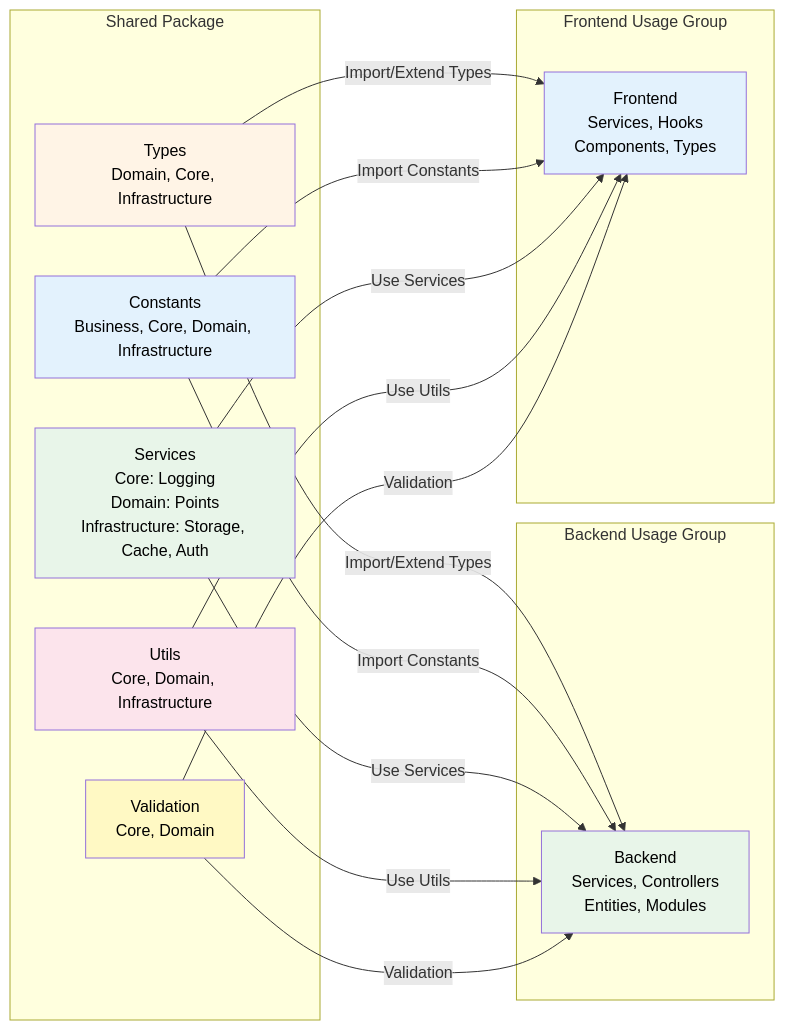
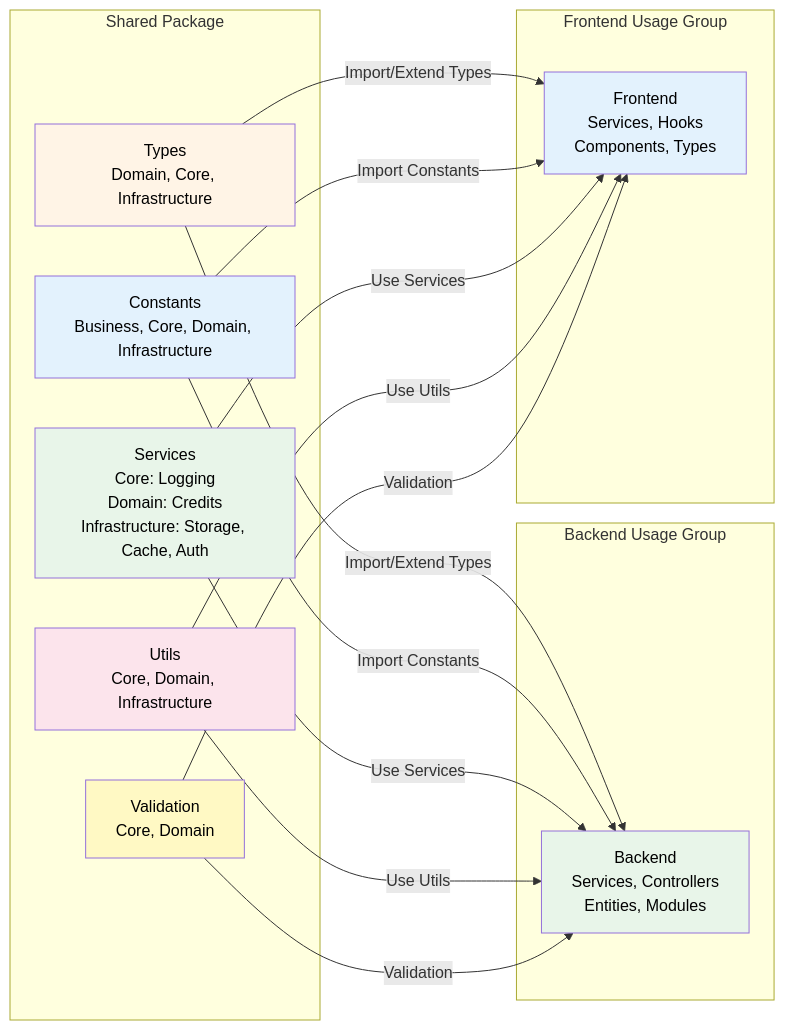
One commit to IsraelRub/EveryTriv changed diagram 28 of 28 in docs/DIAGRAMS.md. Above: the diagram before and after it, drawn with Mermaid. The commit also changed other lines of this file and 600 other files, not shown here.

Commit message:
feat: add multiplayer game mode, migrate from points to credits system, reorganize components, and rename AI providers

````diff
--- a/docs/DIAGRAMS.md
+++ b/docs/DIAGRAMS.md
@@ -1803,42 +1837,42 @@
 ```mermaid
 graph LR
     subgraph "Shared Package"
         SP_T[Types<br/>Domain, Core, Infrastructure]
         SP_C[Constants<br/>Business, Core, Domain, Infrastructure]
-        SP_S[Services<br/>Core: Logging<br/>Domain: Points<br/>Infrastructure: Storage, Cache, Auth]
+        SP_S[Services<br/>Core: Logging<br/>Domain: Credits<br/>Infrastructure: Storage, Cache, Auth]
         SP_U[Utils<br/>Core, Domain, Infrastructure]
         SP_V[Validation<br/>Core, Domain]
     end
 
     subgraph "Backend Usage Group"
         BE_ALL[Backend<br/>Services, Controllers<br/>Entities, Modules]
     end
 
     subgraph "Frontend Usage Group"
         FE_ALL[Frontend<br/>Services, Hooks<br/>Components, Types]
     end
 
     SP_T -->|Import/Extend Types| BE_ALL
     SP_T -->|Import/Extend Types| FE_ALL
 
     SP_C -->|Import Constants| BE_ALL
     SP_C -->|Import Constants| FE_ALL
 
     SP_S -->|Use Services| BE_ALL
     SP_S -->|Use Services| FE_ALL
 
     SP_U -->|Use Utils| BE_ALL
     SP_U -->|Use Utils| FE_ALL
 
     SP_V -->|Validation| BE_ALL
     SP_V -->|Validation| FE_ALL
 
     style BE_ALL fill:#e8f5e9,color:#000000
     style FE_ALL fill:#e3f2fd,color:#000000
 
     style SP_T fill:#fff4e6,color:#000000
     style SP_C fill:#e3f2fd,color:#000000
     style SP_S fill:#e8f5e9,color:#000000
     style SP_U fill:#fce4ec,color:#000000
     style SP_V fill:#fff9c4,color:#000000
 ```
````
